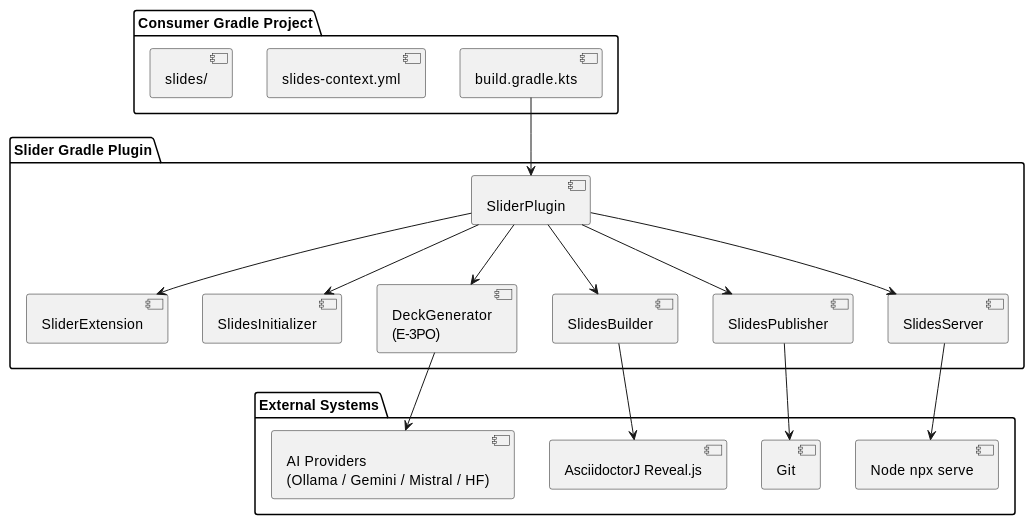
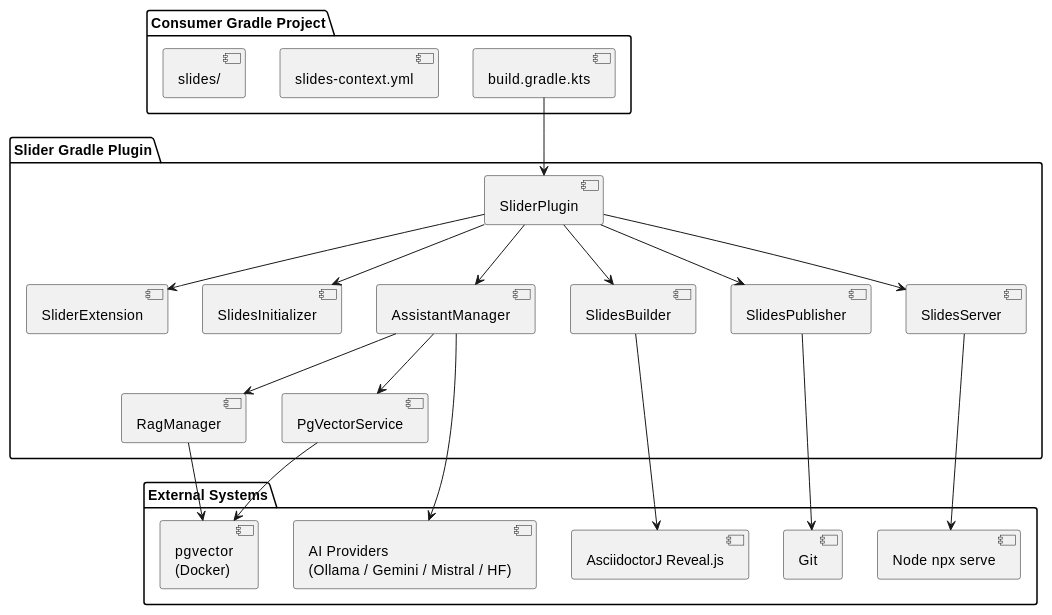
The third of 10 diagrams in README_plantuml.adoc (cheroliv/slider-gradle), drawn with PlantUML before and after one commit. The commit also changed other lines of this file and 1 other file, not shown here.

Commit message:
📝 docs(README_plantuml*): update AI generation process and file structure for deck context and generated decks

```diff
--- a/README_plantuml.adoc
+++ b/README_plantuml.adoc
@@ -144,40 +171,47 @@
 [plantuml]
 ....
 @startuml
 
 package "Consumer Gradle Project" {
   [build.gradle.kts]
   [slides-context.yml]
   [slides/]
 }
 
 package "Slider Gradle Plugin" {
   [SliderPlugin]
   [SliderExtension]
   [SlidesInitializer]
-  [DeckGenerator\n(E-3PO)]
+  [AssistantManager]
+  [RagManager]
+  [PgVectorService]
   [SlidesBuilder]
   [SlidesPublisher]
   [SlidesServer]
 }
 
 package "External Systems" {
   [AsciidoctorJ Reveal.js]
   [Node npx serve]
   [Git]
+  [pgvector\n(Docker)]
   [AI Providers\n(Ollama / Gemini / Mistral / HF)]
 }
 
 [build.gradle.kts] --> [SliderPlugin]
 [SliderPlugin] --> [SliderExtension]
 [SliderPlugin] --> [SlidesInitializer]
-[SliderPlugin] --> [DeckGenerator\n(E-3PO)]
+[SliderPlugin] --> [AssistantManager]
 [SliderPlugin] --> [SlidesBuilder]
 [SliderPlugin] --> [SlidesPublisher]
 [SliderPlugin] --> [SlidesServer]
+[AssistantManager] --> [RagManager]
+[AssistantManager] --> [PgVectorService]
+[RagManager] --> [pgvector\n(Docker)]
+[PgVectorService] --> [pgvector\n(Docker)]
+[AssistantManager] --> [AI Providers\n(Ollama / Gemini / Mistral / HF)]
 [SlidesBuilder] --> [AsciidoctorJ Reveal.js]
 [SlidesServer] --> [Node npx serve]
 [SlidesPublisher] --> [Git]
-[DeckGenerator\n(E-3PO)] --> [AI Providers\n(Ollama / Gemini / Mistral / HF)]
 @enduml
 ....
```
